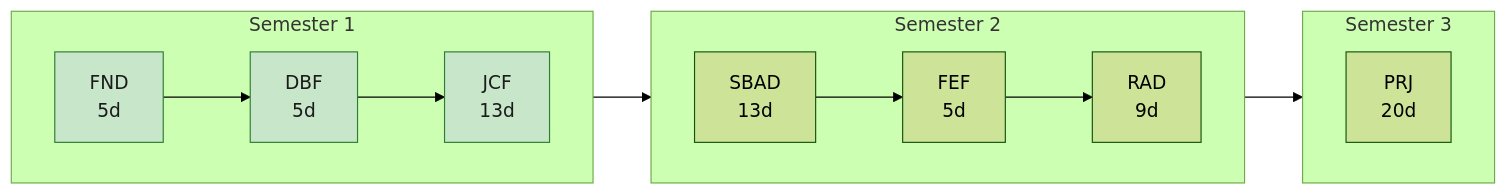
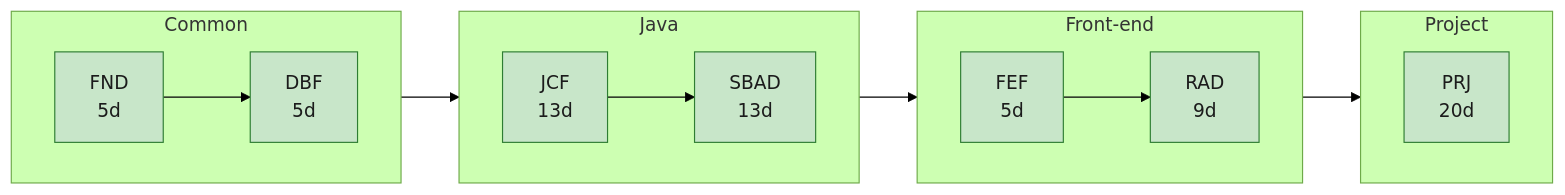
The diagram in docs/index.md (phuongbv00/fsa-fr-java-jsks), drawn with Mermaid (forest theme) before and after one commit. The commit also changed other lines of this file and 45 other files, not shown here.

First line of the commit message:
Add SBAD, FEF, RAD and PRJ; remove assessment briefs from the public site

````diff
--- a/docs/index.md
+++ b/docs/index.md
@@ -9,30 +9,37 @@
 ```mermaid
 flowchart LR
-    subgraph Semester_1["Semester 1"]
+    subgraph Common["Common"]
         direction LR
         FND["FND<br/>5d"]
         DBF["DBF<br/>5d"]
+    end
+    subgraph Java["Java"]
+        direction LR
         JCF["JCF<br/>13d"]
+        SBAD["SBAD<br/>13d"]
     end
-    subgraph Semester_2["Semester 2"]
+    subgraph Front_end["Front-end"]
         direction LR
-        SBAD["SBAD<br/>13d"]
         FEF["FEF<br/>5d"]
         RAD["RAD<br/>9d"]
     end
-    subgraph Semester_3["Semester 3"]
+    subgraph Project["Project"]
         direction LR
         PRJ["PRJ<br/>20d"]
     end
     FND --> DBF
     DBF --> JCF
     JCF --> SBAD
     SBAD --> FEF
     FEF --> RAD
     RAD --> PRJ
     click FND "fnd/index.md"
     click DBF "dbf/index.md"
     click JCF "jcf/index.md"
+    click SBAD "sbad/index.md"
+    click FEF "fef/index.md"
+    click RAD "rad/index.md"
+    click PRJ "prj/index.md"
     classDef ready fill:#c8e6c9,stroke:#2e7d32,color:#1b1b1b;
-    class FND,DBF,JCF ready;
+    class FND,DBF,JCF,SBAD,FEF,RAD,PRJ ready;
 ```
````
